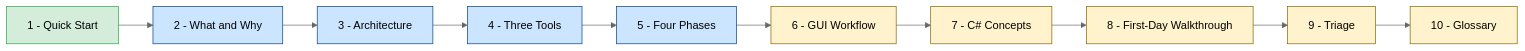
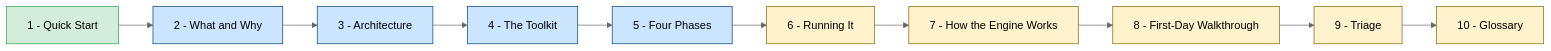
Before and after one commit to David-E-Kay/power-bi-assistant: the first of 3 diagrams in docs/guides/measure-benchmarking-developer-guide.md, drawn with Mermaid (neutral theme). The commit also changed other lines of this file and 46 other files, not shown here.

````diff
--- a/docs/guides/measure-benchmarking-developer-guide.md
+++ b/docs/guides/measure-benchmarking-developer-guide.md
@@ -19,19 +19,19 @@
 ```mermaid
 flowchart LR
     A[1 - Quick Start] --> B[2 - What and Why]
     B --> C[3 - Architecture]
-    C --> D[4 - Three Tools]
+    C --> D[4 - The Toolkit]
     D --> E[5 - Four Phases]
-    E --> F[6 - GUI Workflow]
-    F --> G[7 - C# Concepts]
+    E --> F[6 - Running It]
+    F --> G[7 - How the Engine Works]
     G --> H[8 - First-Day Walkthrough]
     H --> I[9 - Triage]
     I --> J[10 - Glossary]
 
     classDef quick fill:#d4edda,stroke:#28a745
     classDef workflow fill:#cce5ff,stroke:#004085
     classDef reference fill:#fff3cd,stroke:#856404
     class A quick
     class B,C,D,E workflow
     class F,G,H,I,J reference
 ```
````
